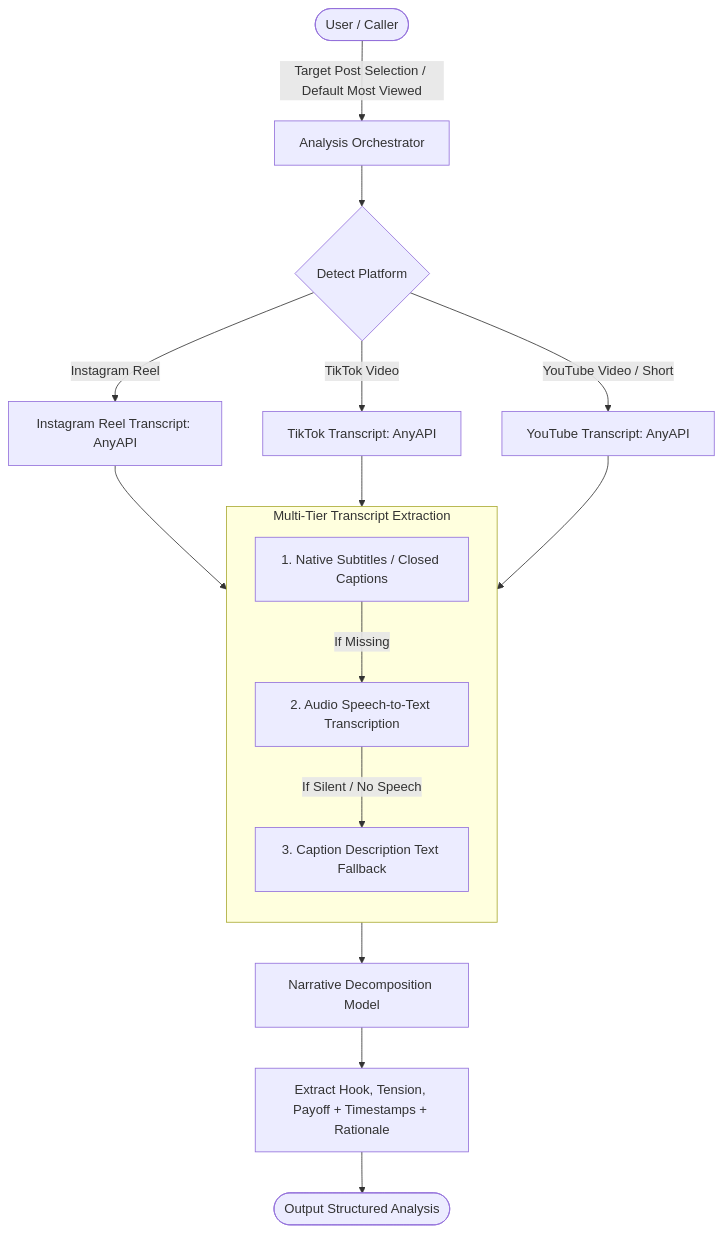
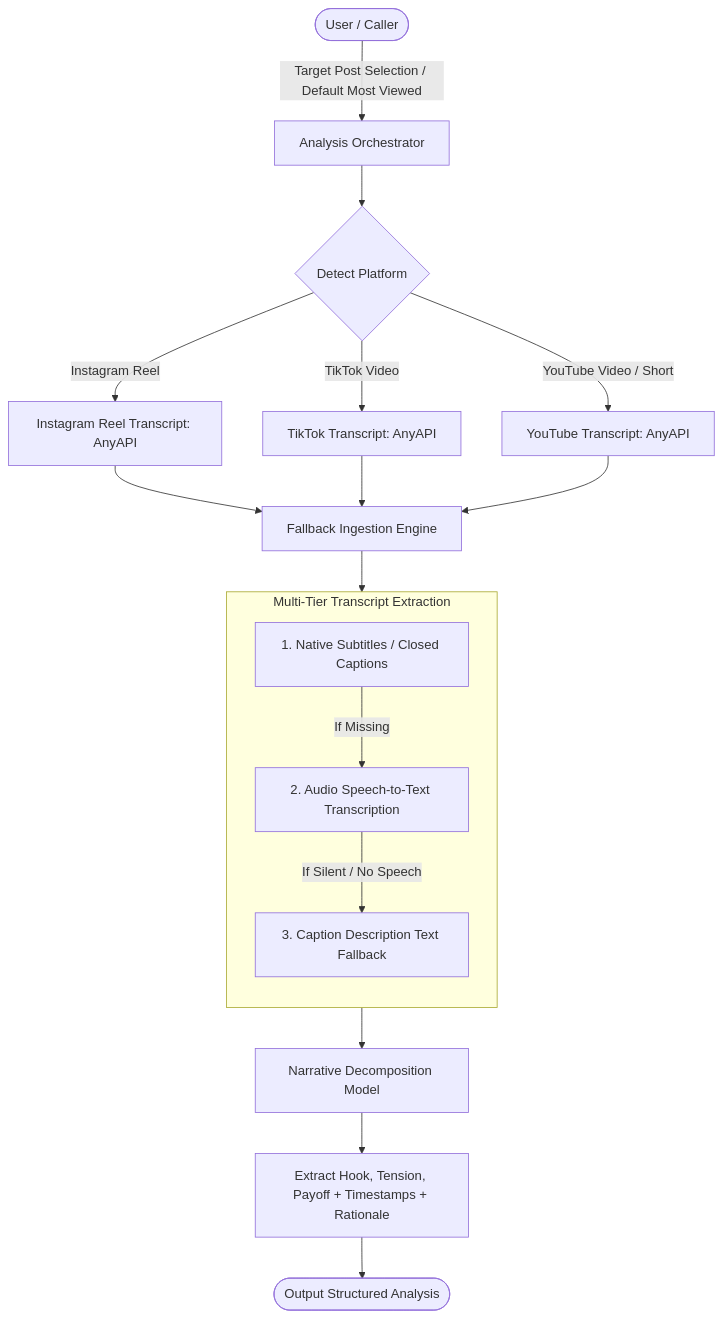
Before and after one commit to SneharupMukherjee/social-media-automation-skill: the second of 5 diagrams in README.md, drawn with Mermaid. The commit also changed other lines of this file, not shown here.

Commit message:
readme: fix diagrams and math for github

````diff
--- a/README.md
+++ b/README.md
@@ -183,25 +183,26 @@
 ```mermaid
 flowchart TD
-    User([User / Caller]) -->|Target Post Selection / Default Most Viewed| Orchestrator[Analysis Orchestrator]
-    Orchestrator --> PlatformCheck{Detect Platform}
-    PlatformCheck -->|Instagram Reel| AnyAPI_IG[Instagram Reel Transcript: AnyAPI]
-    PlatformCheck -->|TikTok Video| AnyAPI_TT[TikTok Transcript: AnyAPI]
-    PlatformCheck -->|YouTube Video / Short| AnyAPI_YT[YouTube Transcript: AnyAPI]
+    User(["User / Caller"]) -->|"Target Post Selection / Default Most Viewed"| Orchestrator["Analysis Orchestrator"]
+    Orchestrator --> PlatformCheck{"Detect Platform"}
+    PlatformCheck -->|"Instagram Reel"| AnyAPI_IG["Instagram Reel Transcript: AnyAPI"]
+    PlatformCheck -->|"TikTok Video"| AnyAPI_TT["TikTok Transcript: AnyAPI"]
+    PlatformCheck -->|"YouTube Video / Short"| AnyAPI_YT["YouTube Transcript: AnyAPI"]
     
-    AnyAPI_IG --> FallbackLogic[Fallback Ingestion Engine]
+    AnyAPI_IG --> FallbackLogic["Fallback Ingestion Engine"]
     AnyAPI_TT --> FallbackLogic
     AnyAPI_YT --> FallbackLogic
 
-    subgraph FallbackLogic[Multi-Tier Transcript Extraction]
+    subgraph FallbackTiers["Multi-Tier Transcript Extraction"]
         direction TB
-        Tier1[1. Native Subtitles / Closed Captions]
-        Tier2[2. Audio Speech-to-Text Transcription]
-        Tier3[3. Caption Description Text Fallback]
-        Tier1 -->|If Missing| Tier2
-        Tier2 -->|If Silent / No Speech| Tier3
+        Tier1["1. Native Subtitles / Closed Captions"]
+        Tier2["2. Audio Speech-to-Text Transcription"]
+        Tier3["3. Caption Description Text Fallback"]
+        Tier1 -->|"If Missing"| Tier2
+        Tier2 -->|"If Silent / No Speech"| Tier3
     end
 
-    FallbackLogic --> StructuralParser[Narrative Decomposition Model]
-    StructuralParser --> ArcSegments[Extract Hook, Tension, Payoff + Timestamps + Rationale]
-    ArcSegments --> FinalDoc([Output Structured Analysis])
+    FallbackLogic --> Tier1
+    Tier3 --> StructuralParser["Narrative Decomposition Model"]
+    StructuralParser --> ArcSegments["Extract Hook, Tension, Payoff + Timestamps + Rationale"]
+    ArcSegments --> FinalDoc(["Output Structured Analysis"])
 ```
````
